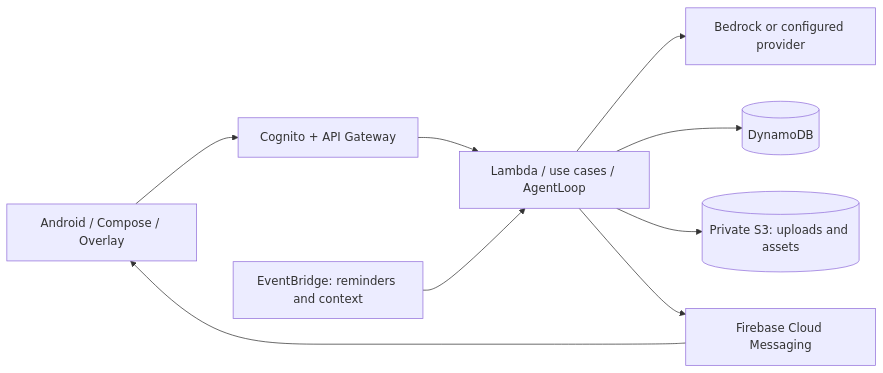
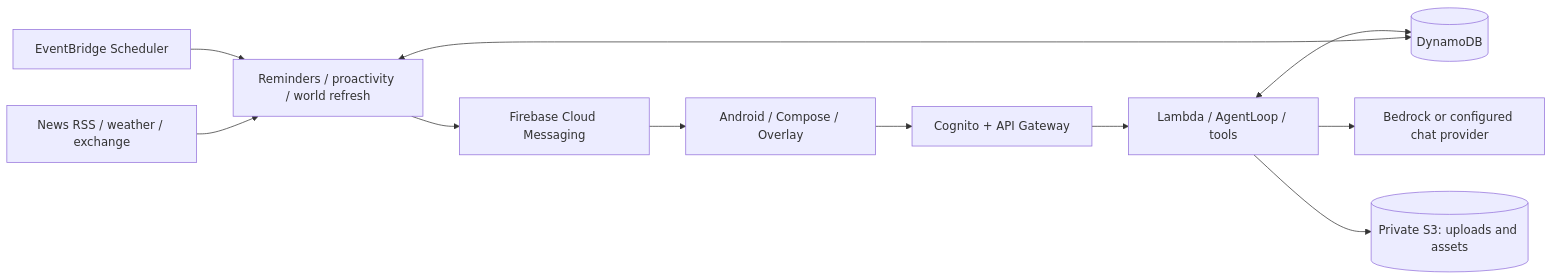
One commit to VZiemer/rin-public changed the first of 2 diagrams in README.md. Above: the diagram before and after it, drawn with Mermaid. The commit also changed other lines of this file, not shown here.

````diff
--- a/README.md
+++ b/README.md
@@ -7,11 +39,13 @@
 ```mermaid
 flowchart LR
     Android[Android / Compose / Overlay] --> Auth[Cognito + API Gateway]
-    Auth --> Lambda[Lambda / use cases / AgentLoop]
-    Lambda --> LLM[Bedrock or configured provider]
-    Lambda --> DB[(DynamoDB)]
-    Lambda --> S3[(Private S3: uploads and assets)]
-    Tick[EventBridge: reminders and context] --> Lambda
-    Lambda --> FCM[Firebase Cloud Messaging]
+    Auth --> Agent[Lambda / AgentLoop / tools]
+    Agent --> LLM[Bedrock or configured chat provider]
+    Agent <--> DB[(DynamoDB)]
+    Agent --> S3[(Private S3: uploads and assets)]
+    Schedule[EventBridge Scheduler] --> Jobs[Reminders / proactivity / world refresh]
+    Sources[News RSS / weather / exchange] --> Jobs
+    Jobs <--> DB
+    Jobs --> FCM[Firebase Cloud Messaging]
     FCM --> Android
 ```
````
